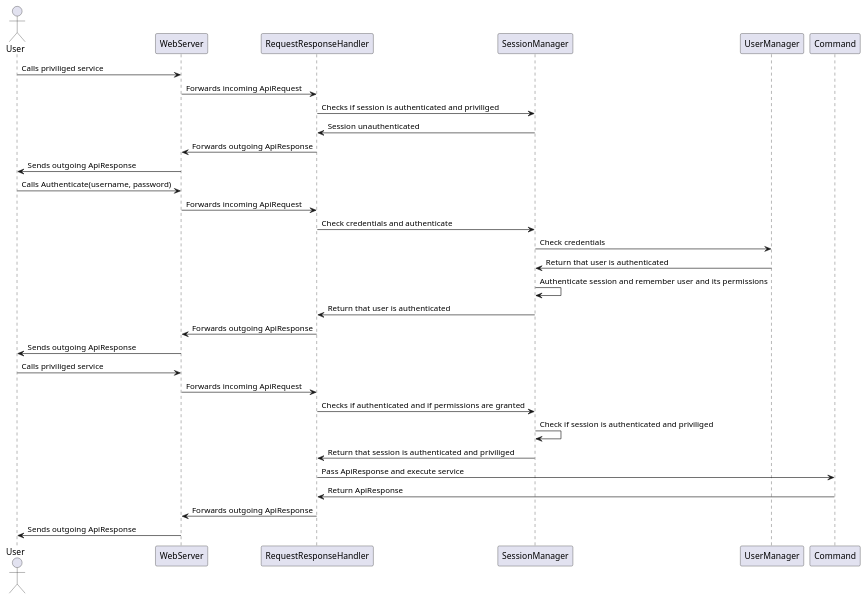
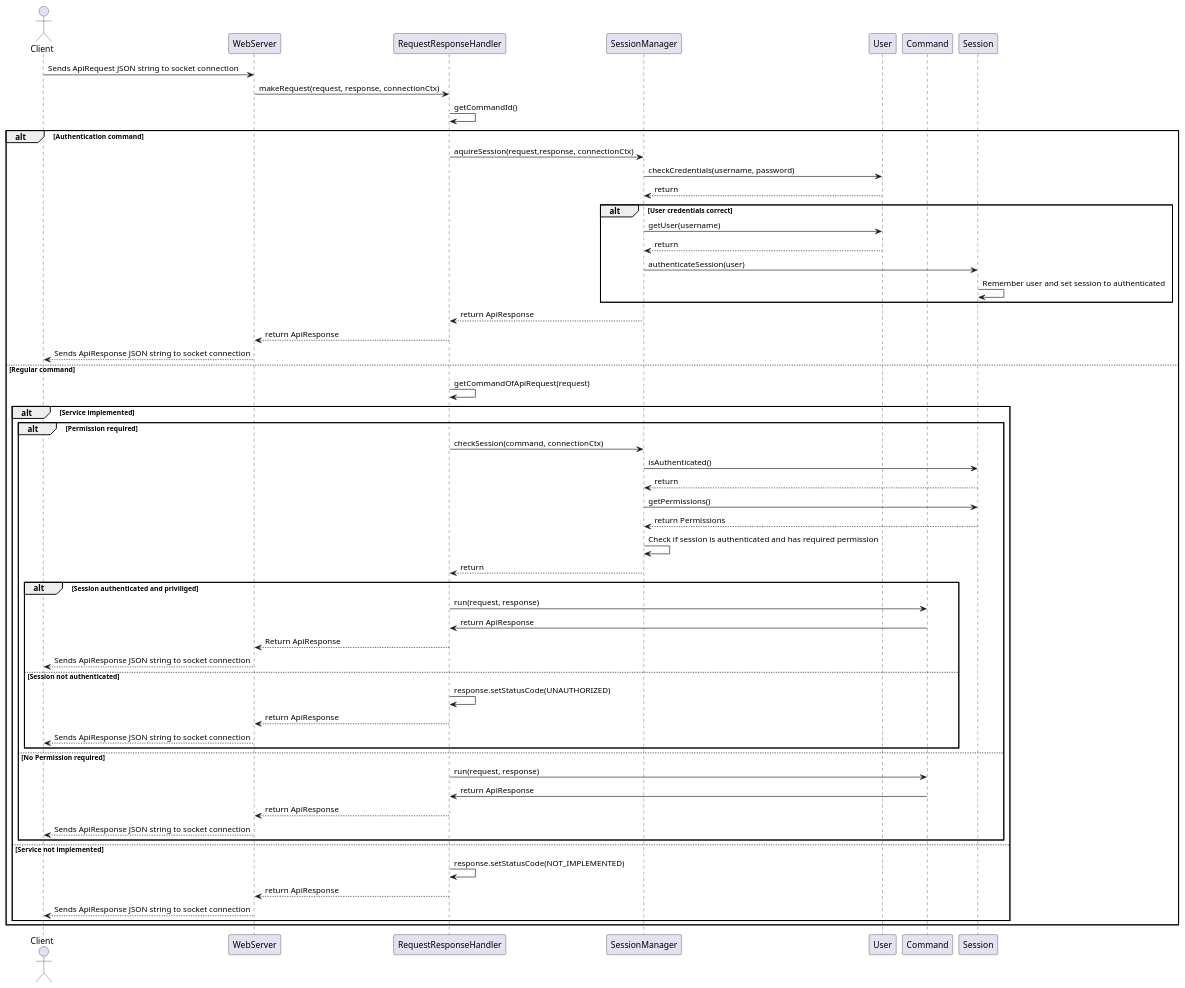
Before and after one commit to NewTec-GmbH/ZumoComSystem: the diagram in doc/design/server/SequenceDiagrams/01_ApiAccess.plantuml, drawn with PlantUML. The commit also changed 30 other files, not shown here.

Commit message:
feature(server): Implement API and deploy frontend #23

```diff
--- a/doc/design/server/SequenceDiagrams/01_ApiAccess.plantuml
+++ b/doc/design/server/SequenceDiagrams/01_ApiAccess.plantuml
@@ -1,35 +1,67 @@
 @startuml
-actor User
+actor Client
 participant WebServer
 participant RequestResponseHandler
 participant SessionManager
-participant UserManager
+participant User
 participant Command
 
-User->WebServer: Calls priviliged service
-WebServer->RequestResponseHandler: Forwards incoming ApiRequest
-RequestResponseHandler->SessionManager: Checks if session is authenticated and priviliged
-SessionManager->RequestResponseHandler: Session unauthenticated
-RequestResponseHandler->WebServer: Forwards outgoing ApiResponse
-WebServer->User : Sends outgoing ApiResponse
+Client->WebServer: Sends ApiRequest JSON string to socket connection
+WebServer->RequestResponseHandler: makeRequest(request, response, connectionCtx)
 
-User->WebServer: Calls Authenticate(username, password)
-WebServer->RequestResponseHandler: Forwards incoming ApiRequest
-RequestResponseHandler->SessionManager: Check credentials and authenticate
-SessionManager->UserManager: Check credentials
-UserManager-> SessionManager: Return that user is authenticated
-SessionManager->SessionManager: Authenticate session and remember user and its permissions
-SessionManager->RequestResponseHandler: Return that user is authenticated
-RequestResponseHandler->WebServer: Forwards outgoing ApiResponse
-WebServer->User : Sends outgoing ApiResponse
+RequestResponseHandler->RequestResponseHandler: getCommandId()
 
-User->WebServer: Calls priviliged service
-WebServer->RequestResponseHandler: Forwards incoming ApiRequest
-RequestResponseHandler->SessionManager: Checks if authenticated and if permissions are granted
-SessionManager->SessionManager: Check if session is authenticated and priviliged
-SessionManager->RequestResponseHandler: Return that session is authenticated and priviliged
-RequestResponseHandler->Command: Pass ApiResponse and execute service
-Command->RequestResponseHandler: Return ApiResponse
-RequestResponseHandler->WebServer: Forwards outgoing ApiResponse
-WebServer->User : Sends outgoing ApiResponse
+alt Authentication command
+    RequestResponseHandler->SessionManager: aquireSession(request,response, connectionCtx)
+    SessionManager->User: checkCredentials(username, password)
+    User-->SessionManager: return
+
+    alt User credentials correct
+        SessionManager->User: getUser(username)
+        User-->SessionManager: return
+        SessionManager->Session: authenticateSession(user)
+        Session->Session: Remember user and set session to authenticated
+    end
+
+    SessionManager-->RequestResponseHandler: return ApiResponse
+    RequestResponseHandler-->WebServer: return ApiResponse
+    WebServer-->Client: Sends ApiResponse JSON string to socket connection
+
+else Regular command
+    RequestResponseHandler->RequestResponseHandler: getCommandOfApiRequest(request)
+    alt Service implemented
+        alt Permission required
+            RequestResponseHandler->SessionManager: checkSession(command, connectionCtx)
+
+            SessionManager->Session: isAuthenticated()
+            Session-->SessionManager: return
+
+            SessionManager->Session: getPermissions()
+            Session-->SessionManager: return Permissions
+
+            SessionManager->SessionManager: Check if session is authenticated and has required permission
+            SessionManager-->RequestResponseHandler: return
+
+            alt Session authenticated and priviliged
+                RequestResponseHandler->Command: run(request, response)
+                Command->RequestResponseHandler: return ApiResponse
+                RequestResponseHandler-->WebServer: Return ApiResponse
+                WebServer-->Client: Sends ApiResponse JSON string to socket connection
+            else Session not authenticated
+                RequestResponseHandler->RequestResponseHandler: response.setStatusCode(UNAUTHORIZED)
+                RequestResponseHandler-->WebServer: return ApiResponse
+                WebServer-->Client: Sends ApiResponse JSON string to socket connection
+            end
+        else No Permission required
+            RequestResponseHandler->Command: run(request, response)
+            Command->RequestResponseHandler: return ApiResponse
+            RequestResponseHandler-->WebServer: return ApiResponse
+            WebServer-->Client: Sends ApiResponse JSON string to socket connection
+        end
+    else Service not implemented
+        RequestResponseHandler->RequestResponseHandler: response.setStatusCode(NOT_IMPLEMENTED)
+        RequestResponseHandler-->WebServer: return ApiResponse
+        WebServer-->Client: Sends ApiResponse JSON string to socket connection
+    end
+end
 @enduml
```
